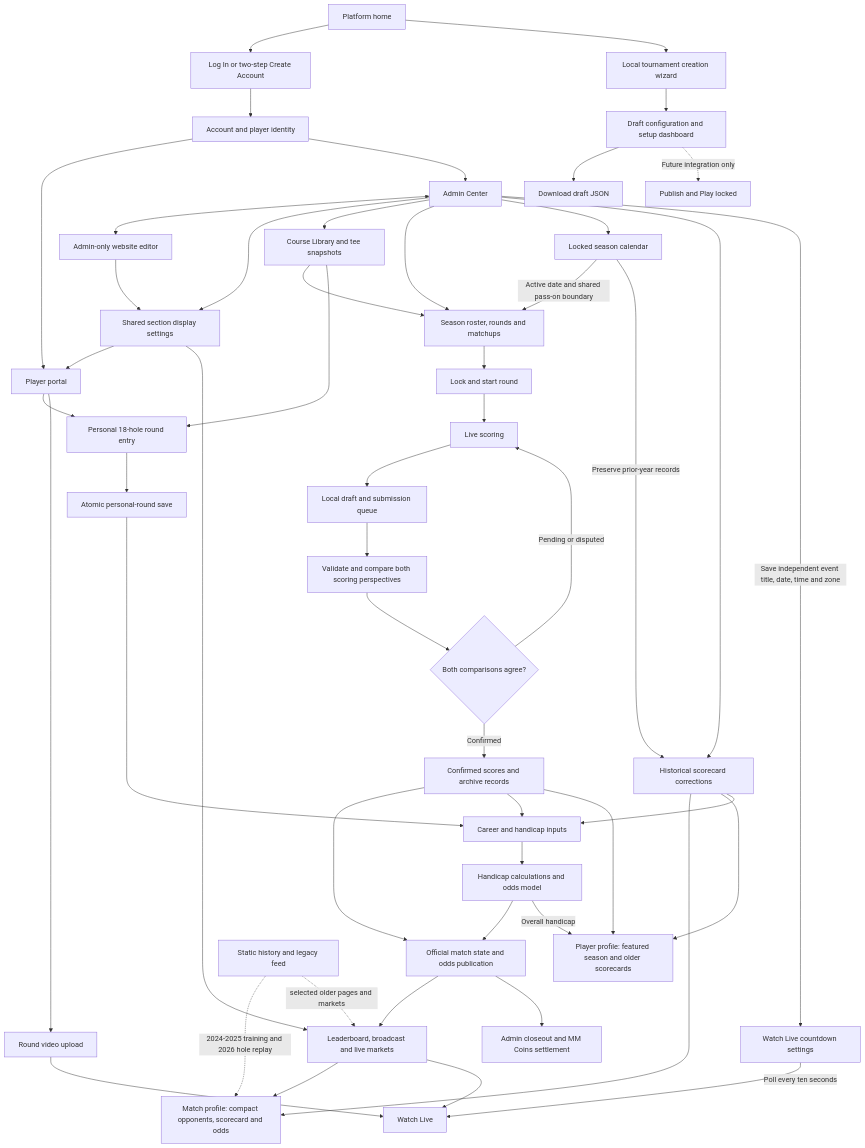
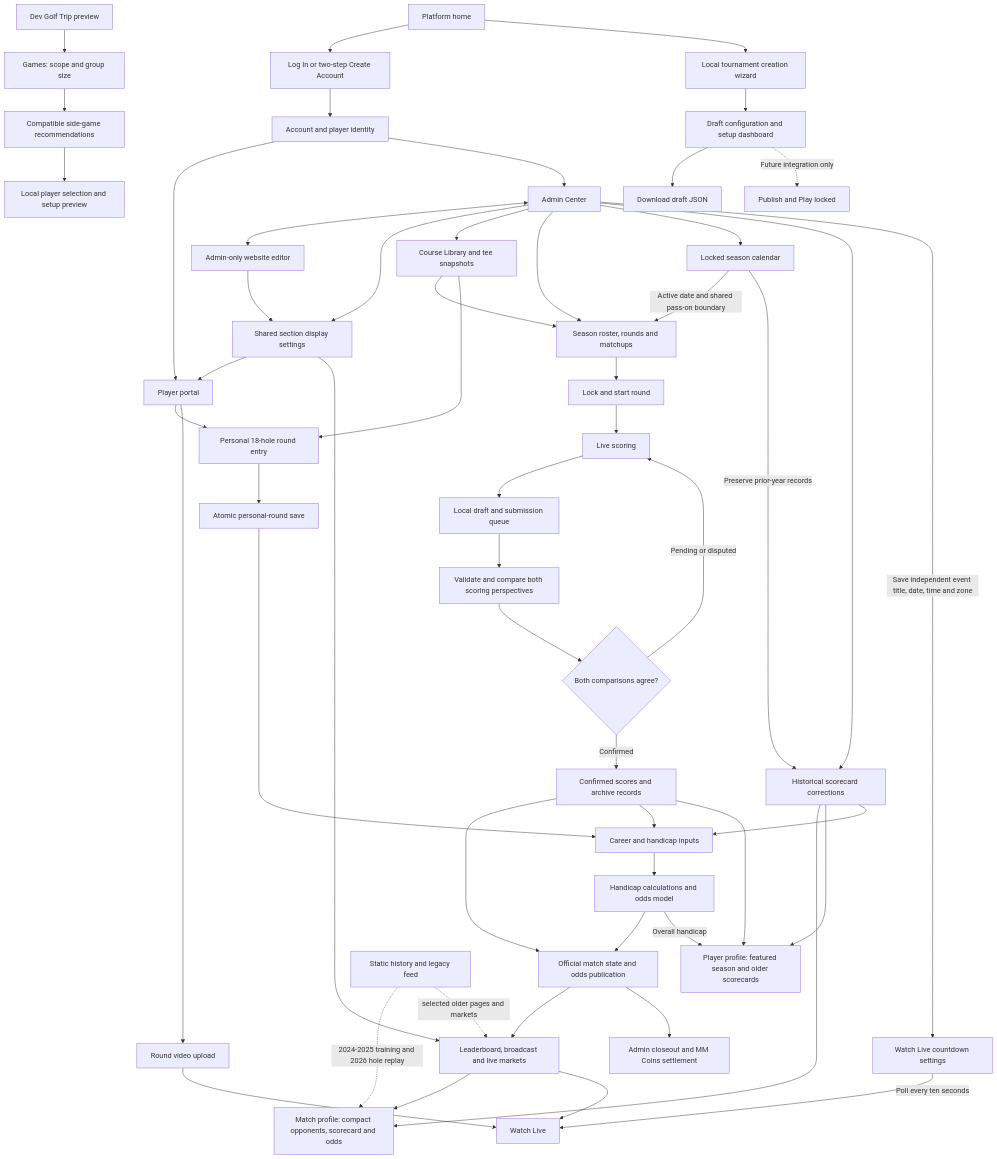
The diagram in docs/app-workflow.md (cadebarone00/MM-Website), drawn with Mermaid before and after one commit. The commit also changed other lines of this file and 19 other files, not shown here.

Commit message:
golf trip componants

```diff
--- a/docs/app-workflow.md
+++ b/docs/app-workflow.md
@@ -10,7 +10,11 @@
 flowchart TD
   %% Saved and draft Golf Trip General settings show six category boxes; Organizer retains permission-gated Delete Trip. Category boxes are placeholders.
   %% Dev Settings wheel opens a maroon Trip Settings layout with the fixture trip name at top right beside a back chevron, General/Organizer text-and-underline selector, short cream category boxes with gold accents and shadows and no phone status icons; General/Organizer selection is local; General shows six Place holder cards and Organizer starts with Players and Competition followed by four Place holder cards and site bottom navigation is hidden.
-  %% Golf Trip dev preview: settings wheel > Organizer > Competition opens navy settings with teal switches and circular formats retaining all round data; Save returns to Organizer with memory-only edits; shared layout state supplies Golf player Competition; started rounds lock edits. Resets on reload; no persistence or scoring integration.
+  %% Golf Trip dev preview: settings wheel > Organizer > Competition opens a round-selection sheet with one day/round/course box per round, then selected-round maroon Spectral settings with gold switches and circular formats retaining all round data; Save returns to the round-selection sheet with memory-only edits; shared layout state supplies organizer settings; Golf Competition uses independent fictional format samples; started rounds lock edits. Resets on reload; no persistence or scoring integration.
+  GP[Dev Golf Trip preview] --> GS[Games: scope and group size]
+  GS --> GR[Compatible side-game recommendations]
+  GR --> GU[Local player selection and setup preview]
+  %% Games use fictional data and component memory only; no edge to official Competition or scoring.
   %% Platform page headings sit beside the hamburger menu in smaller bold Spectral type.
   %% Operator recovery tooling only: REST row exports; optional explicit pg_dump to local dump/manifest; isolated restore drill documented. No provider monitoring, PITR activation or application integration.
   %% Mobile platform home: sampled #1D0B11 upper region, horizontally snapping Join/Create photo cards, Discover/Courses/News selectors and floating Home/Tournaments/Account links.
```
